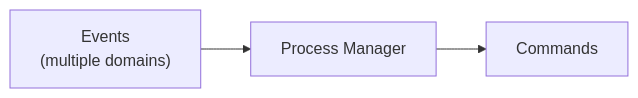
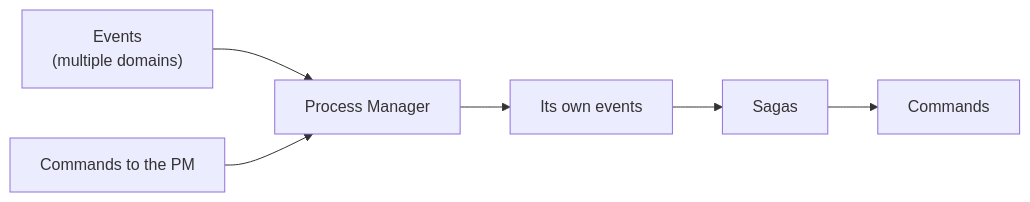
Before and after one commit to angzarr-io/angzarr-project: the fifth of 5 diagrams in site/src/content/docs/patterns-explained.mdx, drawn with Mermaid. The commit also changed other lines of this file and 3 other files, not shown here.

````diff
--- a/site/src/content/docs/patterns-explained.mdx
+++ b/site/src/content/docs/patterns-explained.mdx
@@ -241,4 +241,6 @@
 ```mermaid
 flowchart LR
-    E["Events<br/>(multiple domains)"] --> PM[Process Manager] --> C[Commands]
+    E["Events<br/>(multiple domains)"] --> PM[Process Manager]
+    K["Commands to the PM"] --> PM
+    PM --> P["Its own events"] --> S[Sagas] --> C[Commands]
 ```
````
